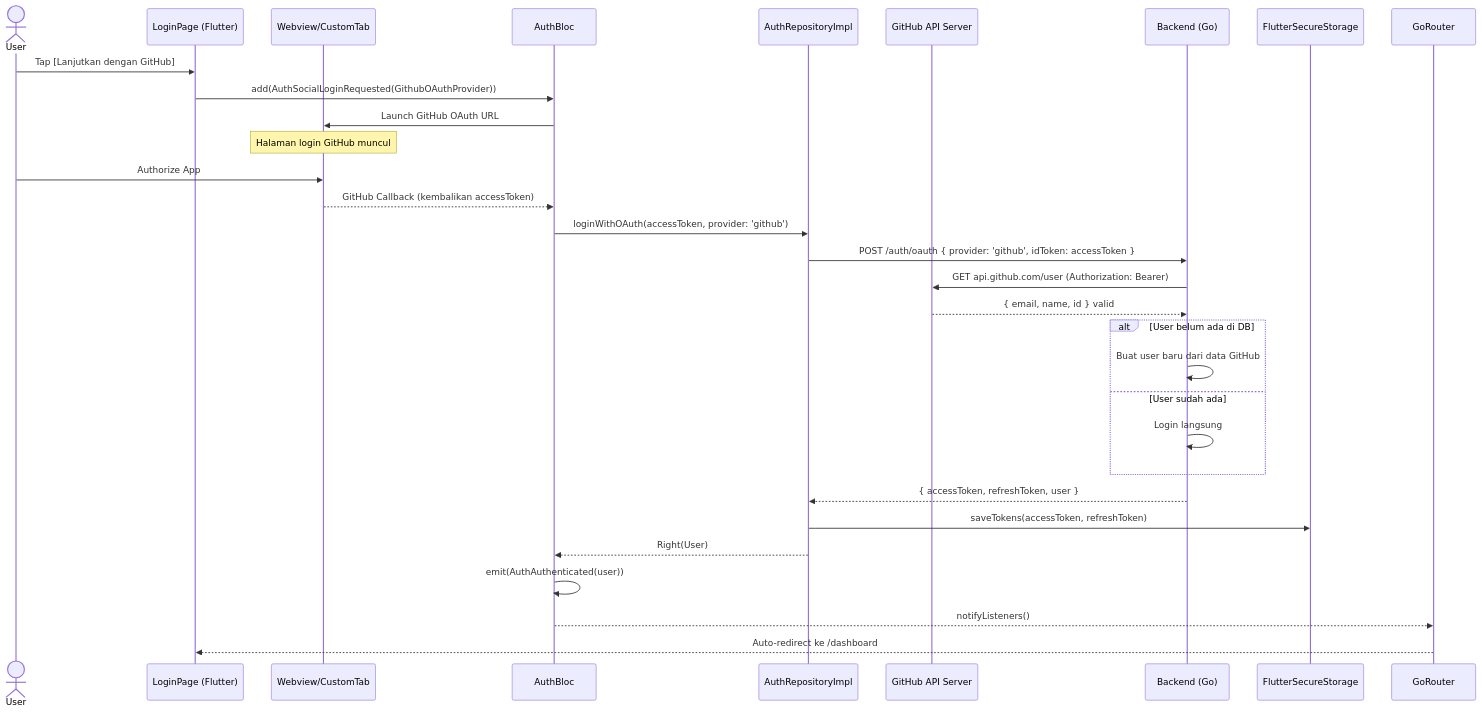
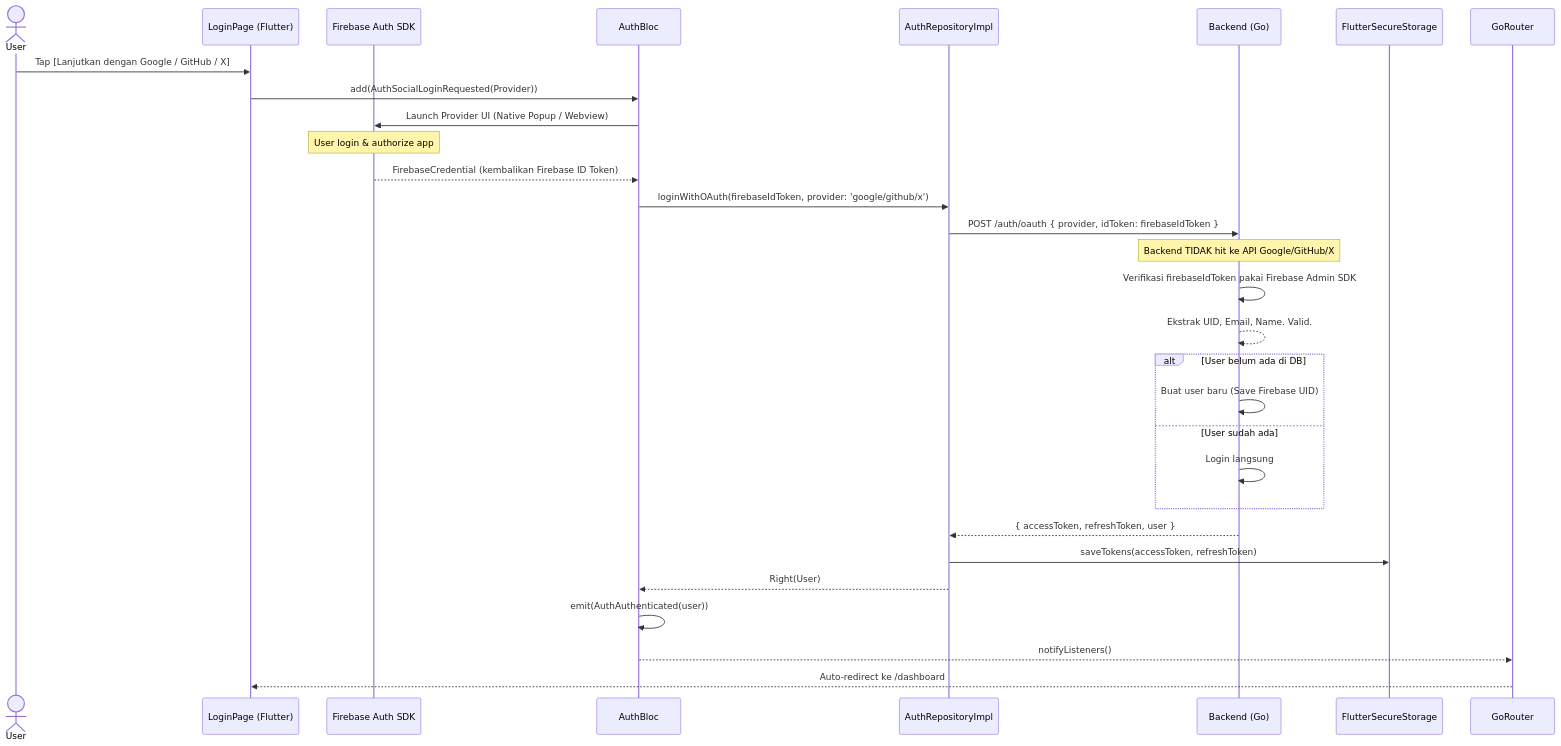
The fourth of 6 diagrams in docs/features/auth.md (nunutech40/news-app-flutter), drawn with Mermaid before and after one commit. The commit also changed other lines of this file, not shown here.

Commit message:
docs: unified firebase social login for google, github and x

````diff
--- a/docs/features/auth.md
+++ b/docs/features/auth.md
@@ -244,39 +191,38 @@
 ```mermaid
 sequenceDiagram
     actor User
     participant LP as LoginPage (Flutter)
-    participant Web as Webview/CustomTab
+    participant FB_SDK as Firebase Auth SDK
     participant Bloc as AuthBloc
     participant Repo as AuthRepositoryImpl
-    participant GH as GitHub API Server
     participant BE as Backend (Go)
     participant Store as FlutterSecureStorage
     participant Router as GoRouter
 
-    User->>LP: Tap [Lanjutkan dengan GitHub]
-    LP->>Bloc: add(AuthSocialLoginRequested(GithubOAuthProvider))
-    Bloc->>Web: Launch GitHub OAuth URL
-    Note over Web: Halaman login GitHub muncul
+    User->>LP: Tap [Lanjutkan dengan Google / GitHub / X]
+    LP->>Bloc: add(AuthSocialLoginRequested(Provider))
+    Bloc->>FB_SDK: Launch Provider UI (Native Popup / Webview)
+    Note over FB_SDK: User login & authorize app
+    
+    FB_SDK-->>Bloc: FirebaseCredential (kembalikan Firebase ID Token)
 
-    User->>Web: Authorize App
-    Web-->>Bloc: GitHub Callback (kembalikan accessToken)
-
-    Bloc->>Repo: loginWithOAuth(accessToken, provider: 'github')
-    Repo->>BE: POST /auth/oauth { provider: 'github', idToken: accessToken }
-    BE->>GH: GET api.github.com/user (Authorization: Bearer)
-    GH-->>BE: { email, name, id } valid
+    Bloc->>Repo: loginWithOAuth(firebaseIdToken, provider: 'google/github/x')
+    Repo->>BE: POST /auth/oauth { provider, idToken: firebaseIdToken }
+    Note over BE, BE: Backend TIDAK hit ke API Google/GitHub/X
+    BE->>BE: Verifikasi firebaseIdToken pakai Firebase Admin SDK
+    BE-->>BE: Ekstrak UID, Email, Name. Valid.
 
     alt User belum ada di DB
-        BE->>BE: Buat user baru dari data GitHub
+        BE->>BE: Buat user baru (Save Firebase UID)
     else User sudah ada
         BE->>BE: Login langsung
     end
 
     BE-->>Repo: { accessToken, refreshToken, user }
     Repo->>Store: saveTokens(accessToken, refreshToken)
     Repo-->>Bloc: Right(User)
 
     Bloc->>Bloc: emit(AuthAuthenticated(user))
     Bloc-->>Router: notifyListeners()
     Router-->>LP: Auto-redirect ke /dashboard
 ```
````
